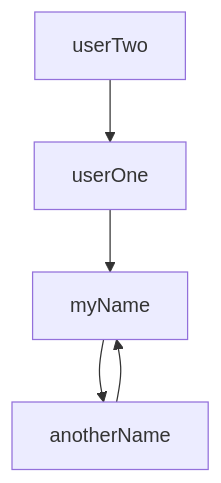
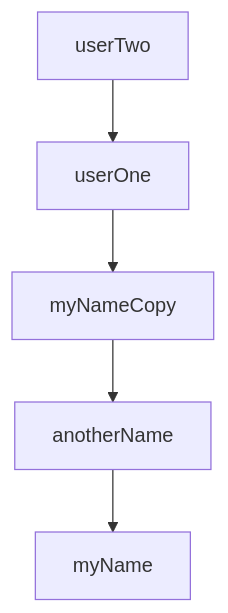
The diagram in README.md (siddharthkumarrai/Javascript_guide), drawn with Mermaid before and after one commit.

````diff
--- a/README.md
+++ b/README.md
@@ -126,4 +126,4 @@
 ```mermaid
 graph TD;
-    userTwo-->userOne-->myName-->anotherName-->myName;
+    userTwo-->userOne-->myNameCopy-->anotherName-->myName;
 ```
````
